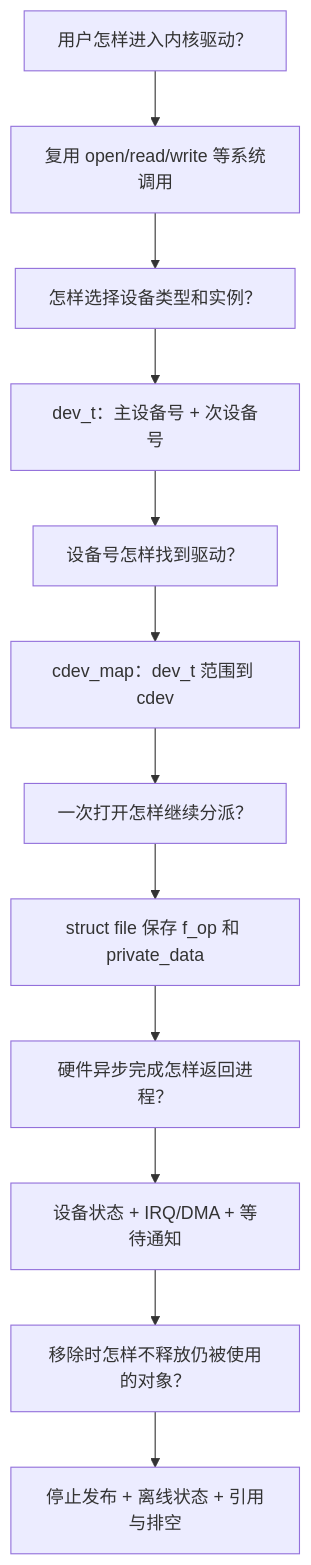
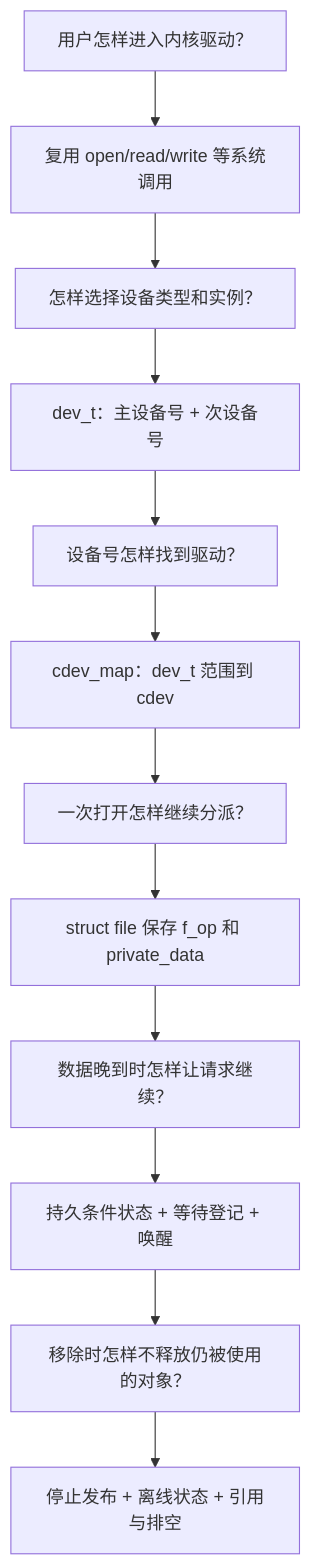
Before and after one commit to FormingSystem/linux_note: the first of 5 diagrams in knowledge/driver_model/character_device/P01_字符设备最小模型.md, drawn with Mermaid. The commit also changed other lines of this file and 4 other files, not shown here.

````diff
--- a/knowledge/driver_model/character_device/P01_字符设备最小模型.md
+++ b/knowledge/driver_model/character_device/P01_字符设备最小模型.md
@@ -39,14 +45,14 @@
 ```mermaid
 flowchart TD
     Q0["用户怎样进入内核驱动？"] --> A0["复用 open/read/write 等系统调用"]
     A0 --> Q1["怎样选择设备类型和实例？"]
     Q1 --> A1["dev_t：主设备号 + 次设备号"]
     A1 --> Q2["设备号怎样找到驱动？"]
     Q2 --> A2["cdev_map：dev_t 范围到 cdev"]
     A2 --> Q3["一次打开怎样继续分派？"]
     Q3 --> A3["struct file 保存 f_op 和 private_data"]
-    A3 --> Q4["硬件异步完成怎样返回进程？"]
-    Q4 --> A4["设备状态 + IRQ/DMA + 等待通知"]
+    A3 --> Q4["数据晚到时怎样让请求继续？"]
+    Q4 --> A4["持久条件状态 + 等待登记 + 唤醒"]
     A4 --> Q5["移除时怎样不释放仍被使用的对象？"]
     Q5 --> A5["停止发布 + 离线状态 + 引用与排空"]
 ```
````
